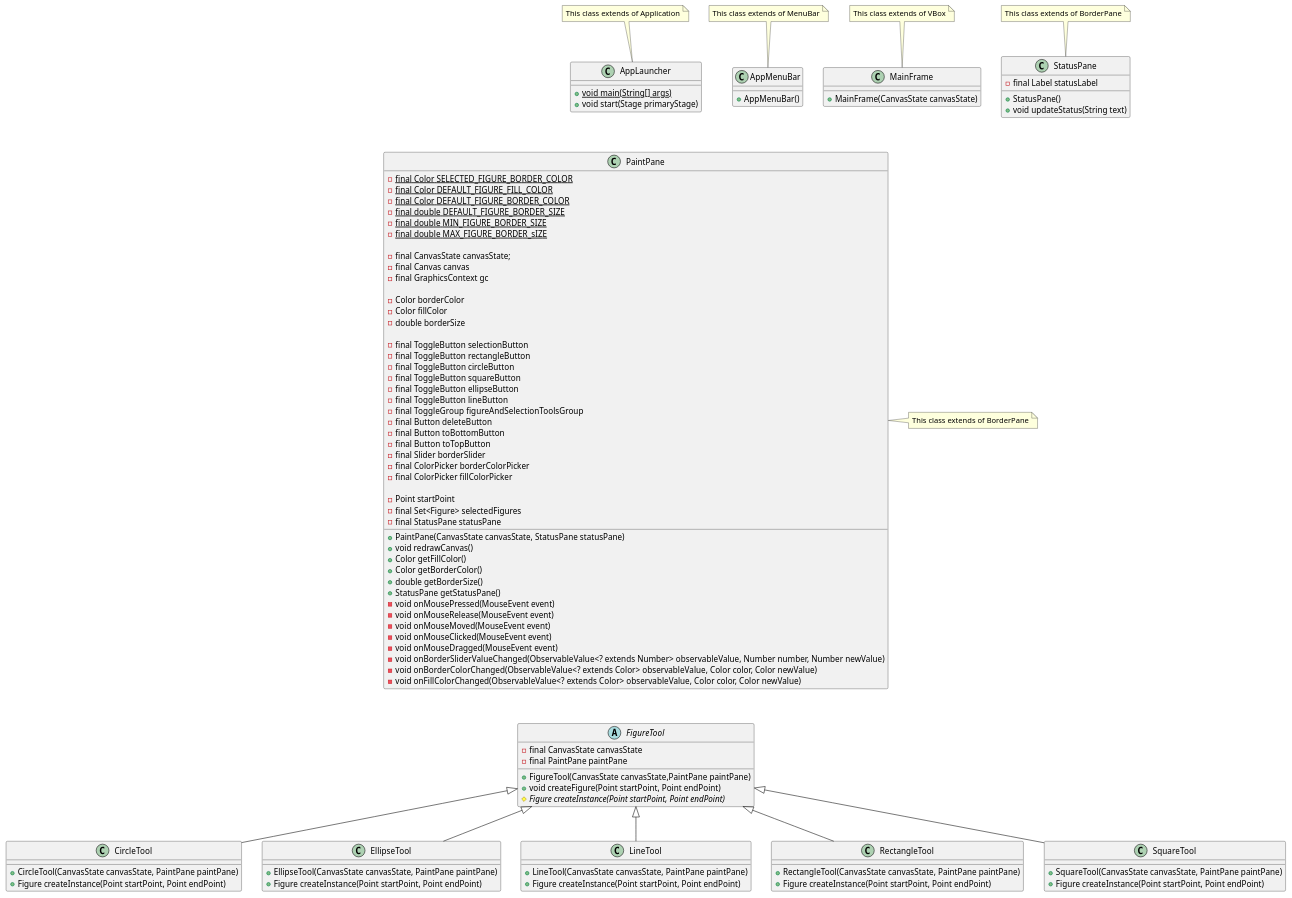
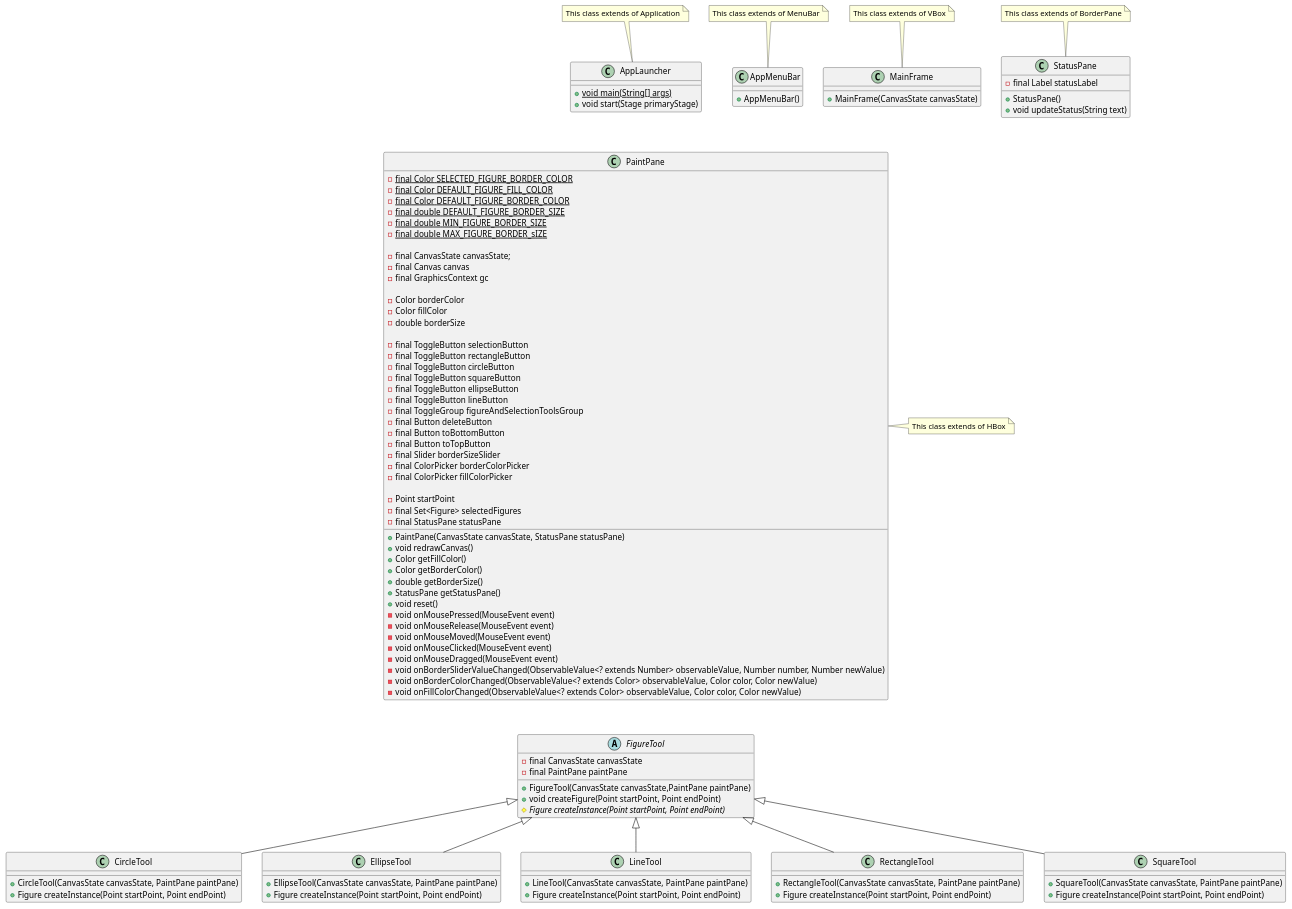
The diagram in doc/FrontendUML.puml (ThomasMiz/TPE-POO), drawn with PlantUML before and after one commit. The commit also changed 1 other file, not shown here.

Commit message:
Updated UML

```diff
--- a/doc/FrontendUML.puml
+++ b/doc/FrontendUML.puml
@@ -1,140 +1,141 @@
 @startuml
 
 class AppLauncher{
 +{static} void main(String[] args)
 +void start(Stage primaryStage)
 }
 
 class AppMenuBar{
 +AppMenuBar()
 }
 
 class MainFrame{
 +MainFrame(CanvasState canvasState)
 }
 
 class StatusPane{
 -final Label statusLabel
 +StatusPane()
 +void updateStatus(String text)
 }
 
 class PaintPane{
 -{static} final Color SELECTED_FIGURE_BORDER_COLOR
 -{static} final Color DEFAULT_FIGURE_FILL_COLOR
 -{static} final Color DEFAULT_FIGURE_BORDER_COLOR
 -{static} final double DEFAULT_FIGURE_BORDER_SIZE
 -{static} final double MIN_FIGURE_BORDER_SIZE
 -{static} final double MAX_FIGURE_BORDER_sIZE
 
 -final CanvasState canvasState;
 -final Canvas canvas
 -final GraphicsContext gc
 
 -Color borderColor
 -Color fillColor
 -double borderSize
 
 -final ToggleButton selectionButton
 -final ToggleButton rectangleButton
 -final ToggleButton circleButton
 -final ToggleButton squareButton
 -final ToggleButton ellipseButton
 -final ToggleButton lineButton
 -final ToggleGroup figureAndSelectionToolsGroup
 -final Button deleteButton
 -final Button toBottomButton
 -final Button toTopButton
--final Slider borderSlider
+-final Slider borderSizeSlider
 -final ColorPicker borderColorPicker
 -final ColorPicker fillColorPicker
 
 -Point startPoint
 -final Set<Figure> selectedFigures
 -final StatusPane statusPane
 
 +PaintPane(CanvasState canvasState, StatusPane statusPane)
 +void redrawCanvas()
 +Color getFillColor()
 +Color getBorderColor()
 +double getBorderSize()
 +StatusPane getStatusPane()
++void reset()
 -void onMousePressed(MouseEvent event)
 -void onMouseRelease(MouseEvent event)
 -void onMouseMoved(MouseEvent event)
 -void onMouseClicked(MouseEvent event)
 -void onMouseDragged(MouseEvent event)
 -void onBorderSliderValueChanged(ObservableValue<? extends Number> observableValue, Number number, Number newValue)
 -void onBorderColorChanged(ObservableValue<? extends Color> observableValue, Color color, Color newValue)
 -void onFillColorChanged(ObservableValue<? extends Color> observableValue, Color color, Color newValue)
 }
 
 AppLauncher -[hidden] AppMenuBar
 AppMenuBar -[hidden] MainFrame
 MainFrame -[hidden] StatusPane
 
 AppLauncher -down[hidden]- PaintPane
 
 abstract class FigureTool{
 -final CanvasState canvasState
 -final PaintPane paintPane
 +FigureTool(CanvasState canvasState,PaintPane paintPane)
 +void createFigure(Point startPoint, Point endPoint)
 #{abstract} Figure createInstance(Point startPoint, Point endPoint)
 }
 
 class CircleTool extends FigureTool{
 +CircleTool(CanvasState canvasState, PaintPane paintPane)
 +Figure createInstance(Point startPoint, Point endPoint)
 }
 
 class EllipseTool extends FigureTool{
 +EllipseTool(CanvasState canvasState, PaintPane paintPane)
 +Figure createInstance(Point startPoint, Point endPoint)
 }
 
 class LineTool extends FigureTool{
 +LineTool(CanvasState canvasState, PaintPane paintPane)
 +Figure createInstance(Point startPoint, Point endPoint)
 }
 
 class RectangleTool extends FigureTool{
 +RectangleTool(CanvasState canvasState, PaintPane paintPane)
 +Figure createInstance(Point startPoint, Point endPoint)
 }
 
 class SquareTool extends FigureTool{
 +SquareTool(CanvasState canvasState, PaintPane paintPane)
 +Figure createInstance(Point startPoint, Point endPoint)
 }
 
 CircleTool -[hidden] EllipseTool
 EllipseTool -[hidden] LineTool
 LineTool -[hidden] RectangleTool
 RectangleTool -[hidden] SquareTool
 FigureTool -up[hidden]- PaintPane
 
 
 note top of AppLauncher
 This class extends of Application
 end note
 
 note top of AppMenuBar
 This class extends of MenuBar
 end note
 
 note top of MainFrame
 This class extends of VBox
 end note
 
 note top of StatusPane
 This class extends of BorderPane
 end note
 
 class PaintPane
-note right: This class extends of BorderPane
+note right: This class extends of HBox
 
 
 
 
 @enduml
```
